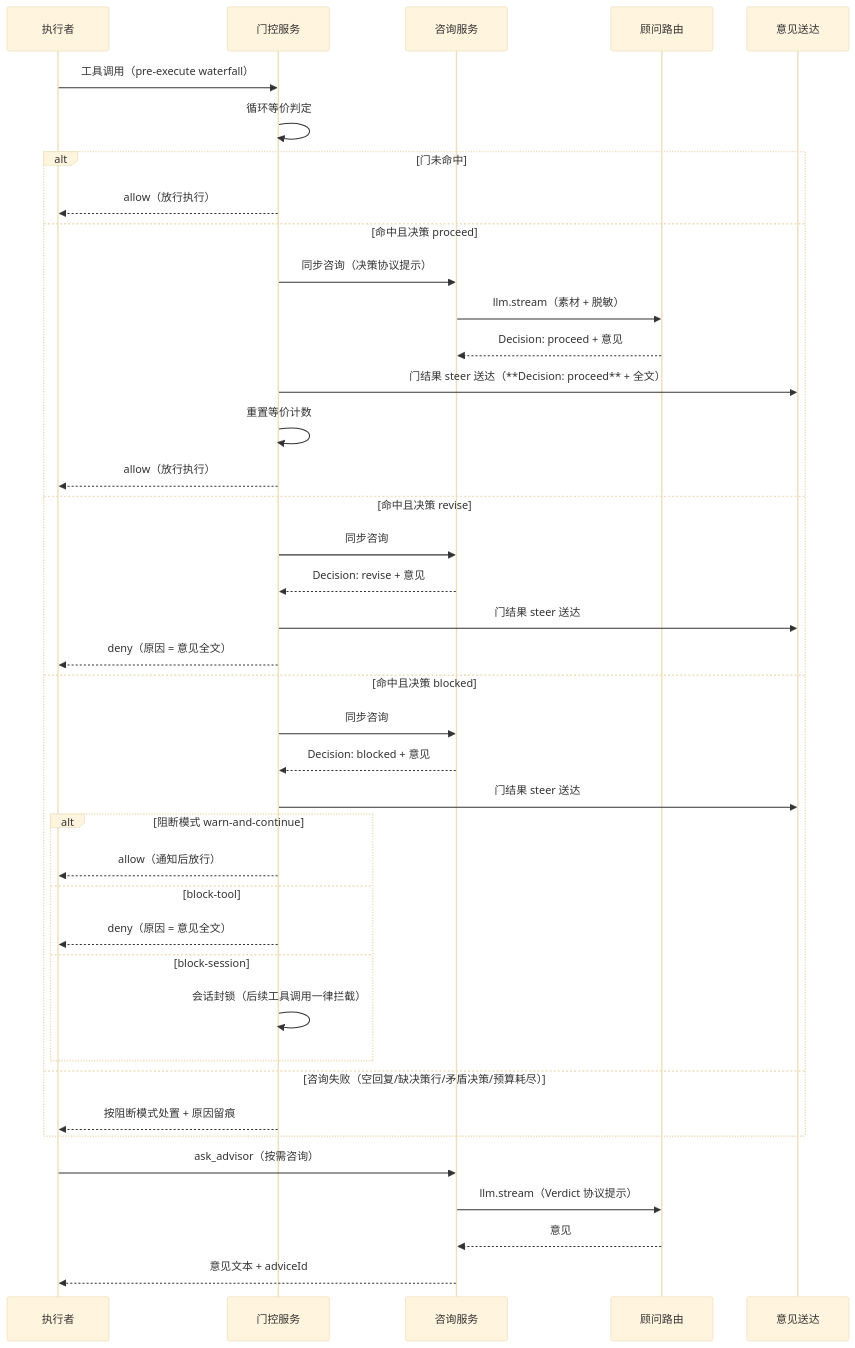
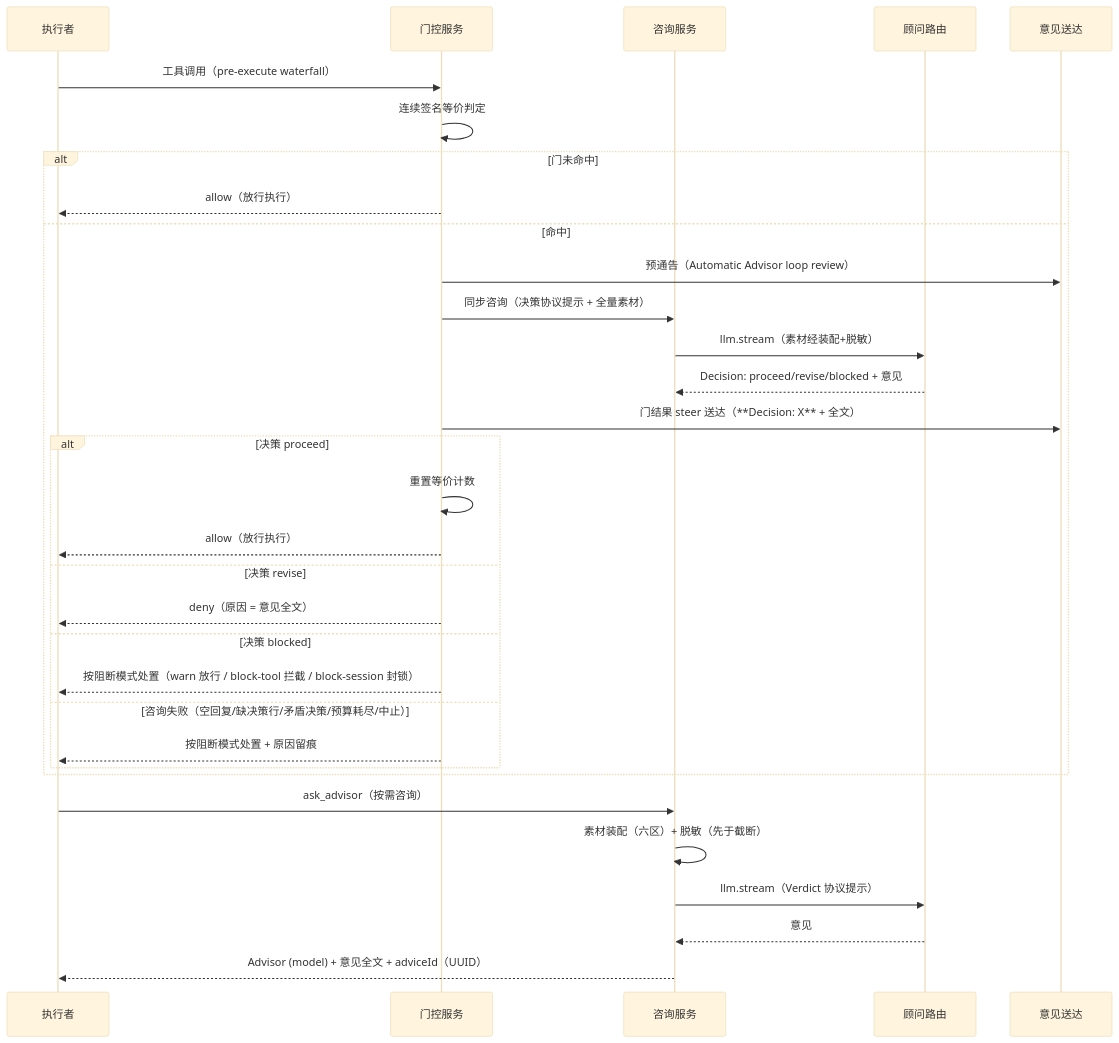
One commit to ccll/dsh-advisor-flow changed the fourth of 9 diagrams in SOLUTION.md. Above: the diagram before and after it, drawn with Mermaid (base theme). The commit also changed other lines of this file and 20 other files, not shown here.

First line of the commit message:
📝 文档(map): 行为严格对齐 pi-advisor-flow 0.8.2 的需求与方案演进

````diff
--- a/SOLUTION.md
+++ b/SOLUTION.md
@@ -124,42 +138,34 @@
 ```mermaid
 sequenceDiagram
     participant E as 执行者
     participant G as 门控服务
     participant C as 咨询服务
     participant A as 顾问路由
     participant D as 意见送达
     E->>G: 工具调用（pre-execute waterfall）
-    G->>G: 循环等价判定
+    G->>G: 连续签名等价判定
     alt 门未命中
         G-->>E: allow（放行执行）
-    else 命中且决策 proceed
-        G->>C: 同步咨询（决策协议提示）
-        C->>A: llm.stream（素材 + 脱敏）
-        A-->>C: Decision: proceed + 意见
-        G->>D: 门结果 steer 送达（**Decision: proceed** + 全文）
-        G->>G: 重置等价计数
-        G-->>E: allow（放行执行）
-    else 命中且决策 revise
-        G->>C: 同步咨询
-        C-->>G: Decision: revise + 意见
-        G->>D: 门结果 steer 送达
-        G-->>E: deny（原因 = 意见全文）
-    else 命中且决策 blocked
-        G->>C: 同步咨询
-        C-->>G: Decision: blocked + 意见
-        G->>D: 门结果 steer 送达
-        alt 阻断模式 warn-and-continue
-            G-->>E: allow（通知后放行）
-        else block-tool
+    else 命中
+        G->>D: 预通告（Automatic Advisor loop review）
+        G->>C: 同步咨询（决策协议提示 + 全量素材）
+        C->>A: llm.stream（素材经装配+脱敏）
+        A-->>C: Decision: proceed/revise/blocked + 意见
+        G->>D: 门结果 steer 送达（**Decision: X** + 全文）
+        alt 决策 proceed
+            G->>G: 重置等价计数
+            G-->>E: allow（放行执行）
+        else 决策 revise
             G-->>E: deny（原因 = 意见全文）
-        else block-session
-            G->>G: 会话封锁（后续工具调用一律拦截）
+        else 决策 blocked
+            G-->>E: 按阻断模式处置（warn 放行 / block-tool 拦截 / block-session 封锁）
+        else 咨询失败（空回复/缺决策行/矛盾决策/预算耗尽/中止）
+            G-->>E: 按阻断模式处置 + 原因留痕
         end
-    else 咨询失败（空回复/缺决策行/矛盾决策/预算耗尽）
-        G-->>E: 按阻断模式处置 + 原因留痕
     end
     E->>C: ask_advisor（按需咨询）
+    C->>C: 素材装配（六区）+ 脱敏（先于截断）
     C->>A: llm.stream（Verdict 协议提示）
     A-->>C: 意见
-    C-->>E: 意见文本 + adviceId
+    C-->>E: Advisor (model) + 意见全文 + adviceId（UUID）
 ```
````
